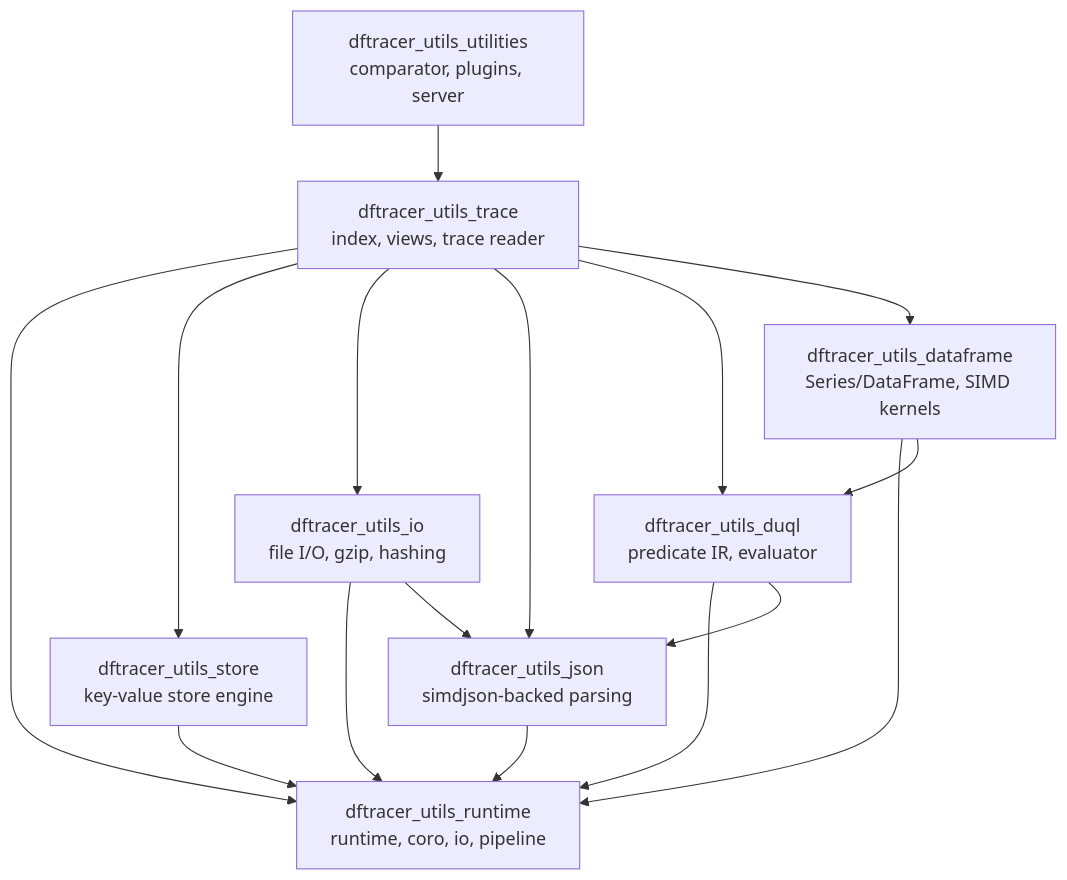
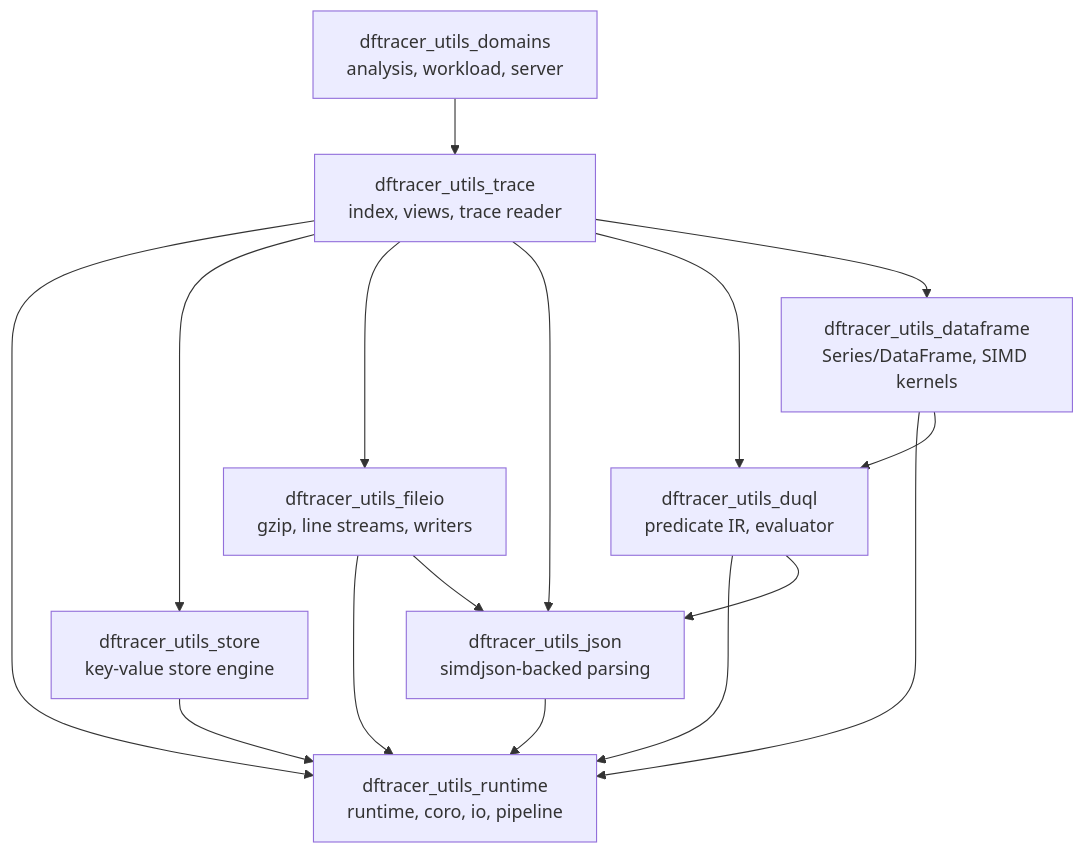
One commit to llnl-asr/dftracer-utils changed the first of 2 diagrams in docs/source/concepts/architecture.rst. Above: the diagram before and after it, drawn with Mermaid. The commit also changed other lines of this file and 1060 other files, not shown here.

```diff
--- a/docs/source/concepts/architecture.rst
+++ b/docs/source/concepts/architecture.rst
@@ -50,26 +55,26 @@
 .. mermaid::
 
    graph TB
        Runtime["dftracer_utils_runtime<br/>runtime, coro, io, pipeline"]
        Store["dftracer_utils_store<br/>key-value store engine"]
-       Io["dftracer_utils_io<br/>file I/O, gzip, hashing"]
+       Io["dftracer_utils_fileio<br/>gzip, line streams, writers"]
        Json["dftracer_utils_json<br/>simdjson-backed parsing"]
        Query["dftracer_utils_duql<br/>predicate IR, evaluator"]
        DF["dftracer_utils_dataframe<br/>Series/DataFrame, SIMD kernels"]
        Trace["dftracer_utils_trace<br/>index, views, trace reader"]
-       Util["dftracer_utils_utilities<br/>comparator, plugins, server"]
+       Util["dftracer_utils_domains<br/>analysis, workload, server"]
        Store --> Runtime
        Io --> Runtime
        Io --> Json
        Json --> Runtime
        Query --> Runtime
        Query --> Json
        DF --> Runtime
        DF --> Query
        Trace --> Runtime
        Trace --> Store
        Trace --> Io
        Trace --> Json
        Trace --> Query
        Trace --> DF
        Util --> Trace
```
